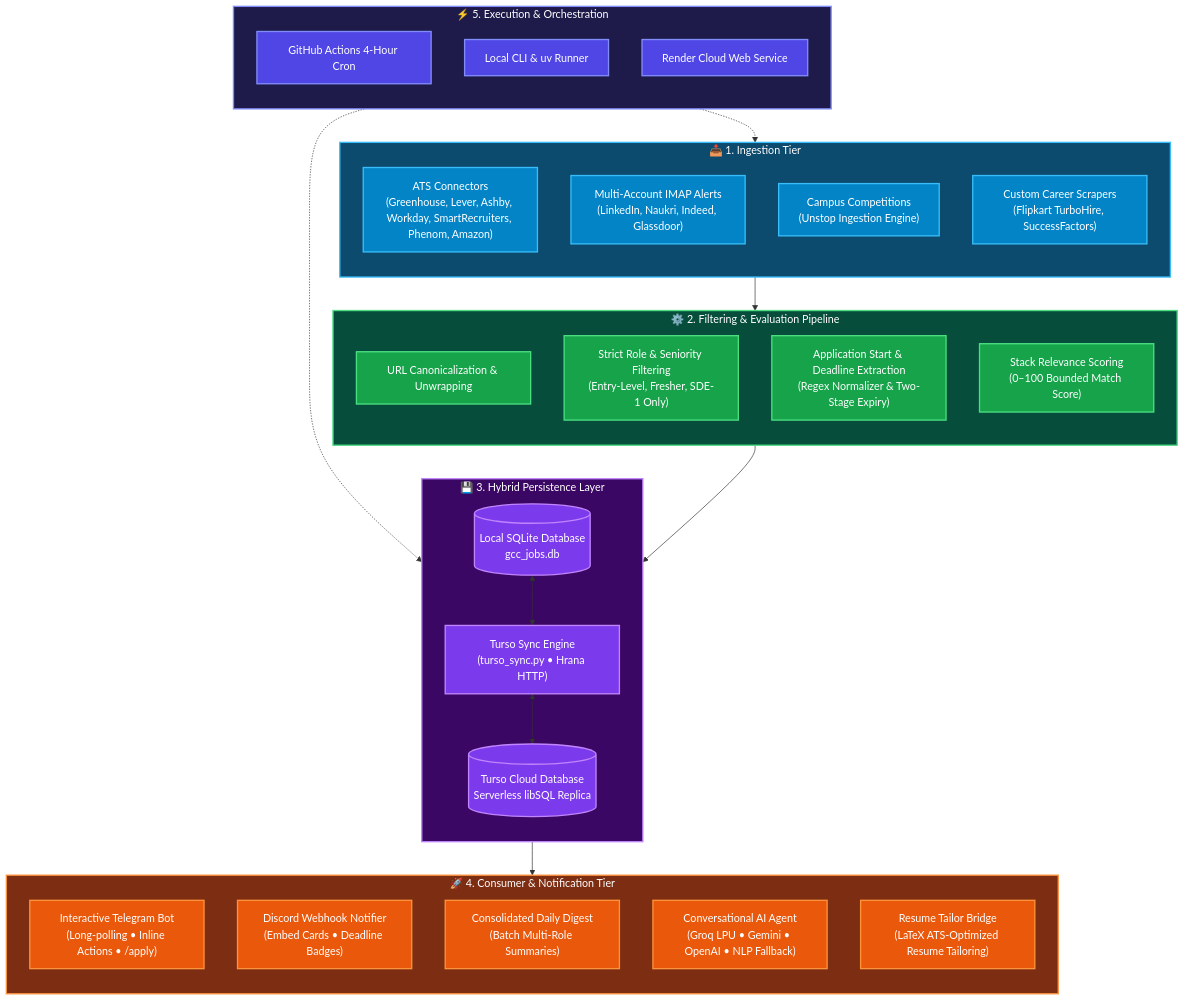
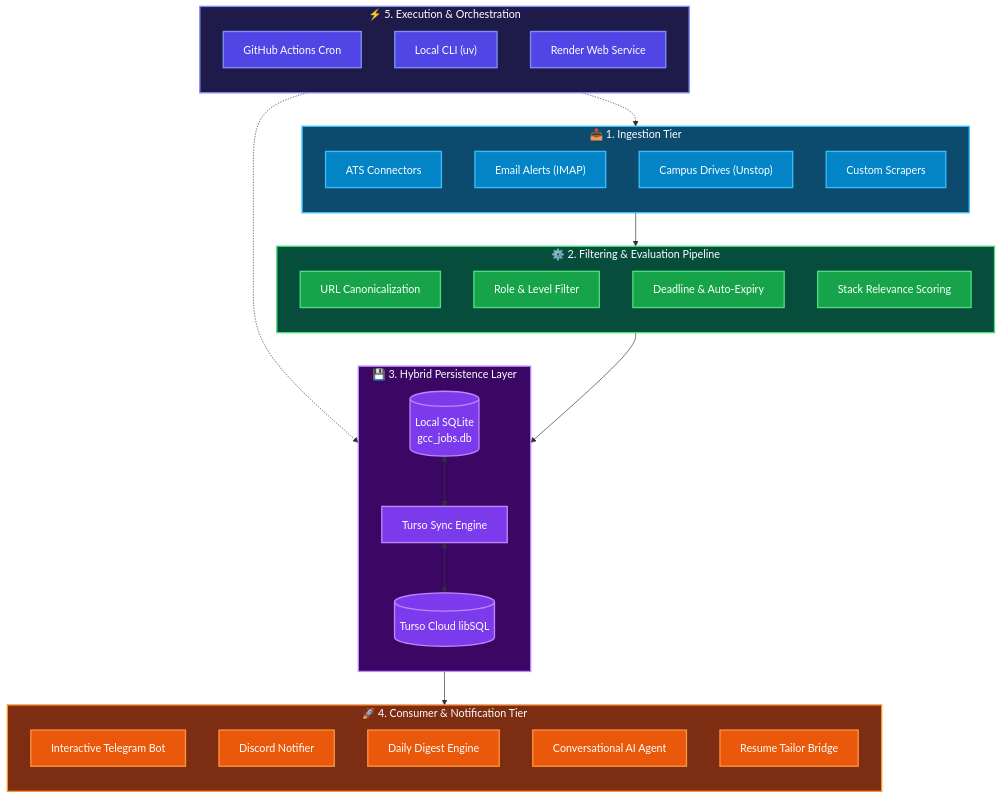
The diagram in README.md (Chinmay468/gcc-job-radar), drawn with Mermaid before and after one commit.

Commit message:
style(readme): make architecture diagram box labels concise and compact

````diff
--- a/README.md
+++ b/README.md
@@ -276,66 +276,66 @@
 ```mermaid
 flowchart TD
     classDef ingest fill:#0284c7,stroke:#38bdf8,stroke-width:2px,color:#ffffff;
     classDef process fill:#16a34a,stroke:#4ade80,stroke-width:2px,color:#ffffff;
     classDef storage fill:#7c3aed,stroke:#c084fc,stroke-width:2px,color:#ffffff;
     classDef consumer fill:#ea580c,stroke:#fb923c,stroke-width:2px,color:#ffffff;
     classDef orch fill:#4f46e5,stroke:#818cf8,stroke-width:2px,color:#ffffff;
 
     subgraph ORCHESTRATION["⚡ 5. Execution & Orchestration"]
         direction TB
-        E1["GitHub Actions 4-Hour Cron"]
-        E2["Local CLI & uv Runner"]
-        E3["Render Cloud Web Service"]
+        E1["GitHub Actions Cron"]
+        E2["Local CLI (uv)"]
+        E3["Render Web Service"]
     end
 
     subgraph INGEST["📥 1. Ingestion Tier"]
         direction TB
-        A1["ATS Connectors<br/>(Greenhouse, Lever, Ashby, Workday, SmartRecruiters, Phenom, Amazon)"]
-        A2["Multi-Account IMAP Alerts<br/>(LinkedIn, Naukri, Indeed, Glassdoor)"]
-        A3["Campus Competitions<br/>(Unstop Ingestion Engine)"]
-        A4["Custom Career Scrapers<br/>(Flipkart TurboHire, SuccessFactors)"]
+        A1["ATS Connectors"]
+        A2["Email Alerts (IMAP)"]
+        A3["Campus Drives (Unstop)"]
+        A4["Custom Scrapers"]
     end
 
     subgraph PROCESS["⚙️ 2. Filtering & Evaluation Pipeline"]
         direction TB
-        B1["URL Canonicalization & Unwrapping"]
-        B2["Strict Role & Seniority Filtering<br/>(Entry-Level, Fresher, SDE-1 Only)"]
-        B3["Application Start & Deadline Extraction<br/>(Regex Normalizer & Two-Stage Expiry)"]
-        B4["Stack Relevance Scoring<br/>(0–100 Bounded Match Score)"]
+        B1["URL Canonicalization"]
+        B2["Role & Level Filter"]
+        B3["Deadline & Auto-Expiry"]
+        B4["Stack Relevance Scoring"]
     end
 
     subgraph STORAGE["💾 3. Hybrid Persistence Layer"]
         direction TB
-        C1[("Local SQLite Database<br/>gcc_jobs.db")]
-        C2["Turso Sync Engine<br/>(turso_sync.py • Hrana HTTP)"]
-        C3[("Turso Cloud Database<br/>Serverless libSQL Replica")]
+        C1[("Local SQLite<br/>gcc_jobs.db")]
+        C2["Turso Sync Engine"]
+        C3[("Turso Cloud libSQL")]
     end
 
     subgraph CONSUMER["🚀 4. Consumer & Notification Tier"]
         direction TB
-        D1["Interactive Telegram Bot<br/>(Long-polling • Inline Actions • /apply)"]
-        D2["Discord Webhook Notifier<br/>(Embed Cards • Deadline Badges)"]
-        D3["Consolidated Daily Digest<br/>(Batch Multi-Role Summaries)"]
-        D4["Conversational AI Agent<br/>(Groq LPU • Gemini • OpenAI • NLP Fallback)"]
-        D5["Resume Tailor Bridge<br/>(LaTeX ATS-Optimized Resume Tailoring)"]
+        D1["Interactive Telegram Bot"]
+        D2["Discord Notifier"]
+        D3["Daily Digest Engine"]
+        D4["Conversational AI Agent"]
+        D5["Resume Tailor Bridge"]
     end
 
     ORCHESTRATION -.-> INGEST
     ORCHESTRATION -.-> STORAGE
     INGEST --> PROCESS
     PROCESS --> STORAGE
     C1 <--> C2 <--> C3
     STORAGE --> CONSUMER
 
     class A1,A2,A3,A4 ingest;
     class B1,B2,B3,B4 process;
     class C1,C2,C3 storage;
     class D1,D2,D3,D4,D5 consumer;
     class E1,E2,E3 orch;
 
     style INGEST fill:#0c4a6e,stroke:#38bdf8,stroke-width:2px,color:#ffffff
     style PROCESS fill:#064e3b,stroke:#4ade80,stroke-width:2px,color:#ffffff
     style STORAGE fill:#3b0764,stroke:#c084fc,stroke-width:2px,color:#ffffff
     style CONSUMER fill:#7c2d12,stroke:#fb923c,stroke-width:2px,color:#ffffff
     style ORCHESTRATION fill:#1e1b4b,stroke:#818cf8,stroke-width:2px,color:#ffffff
 ```
````
